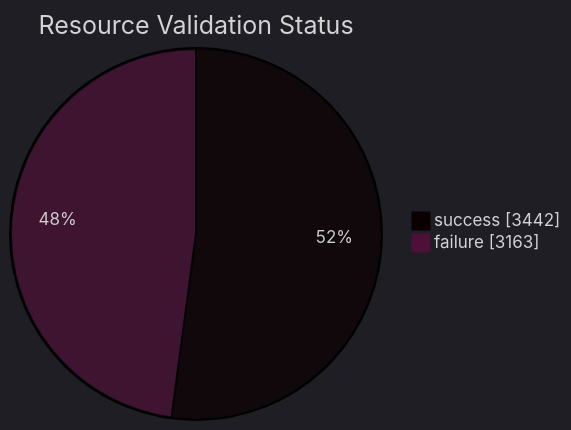
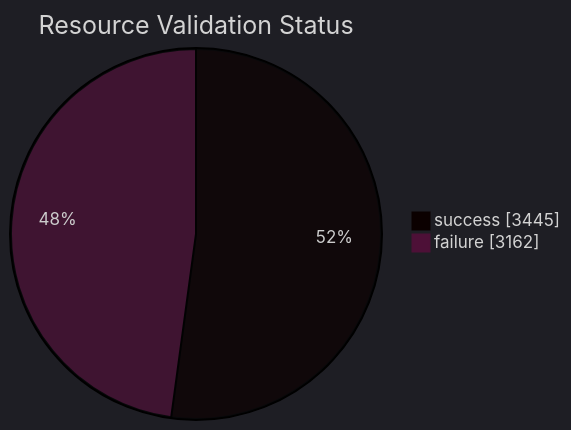
Before and after one commit to open-data/analytics-corporate-reporting: the diagram in datastore_tracker/resource_validation_status_pie_chart.md, drawn with Mermaid. The commit also changed 9 other files, not shown here.

````diff
--- a/datastore_tracker/resource_validation_status_pie_chart.md
+++ b/datastore_tracker/resource_validation_status_pie_chart.md
@@ -2,9 +2,9 @@
 ```mermaid
 ---
 config:
   theme: dark
 ---
 pie showData title Resource Validation Status
-    "success": 3442
-    "failure": 3163
+    "success": 3445
+    "failure": 3162
 ```
````
